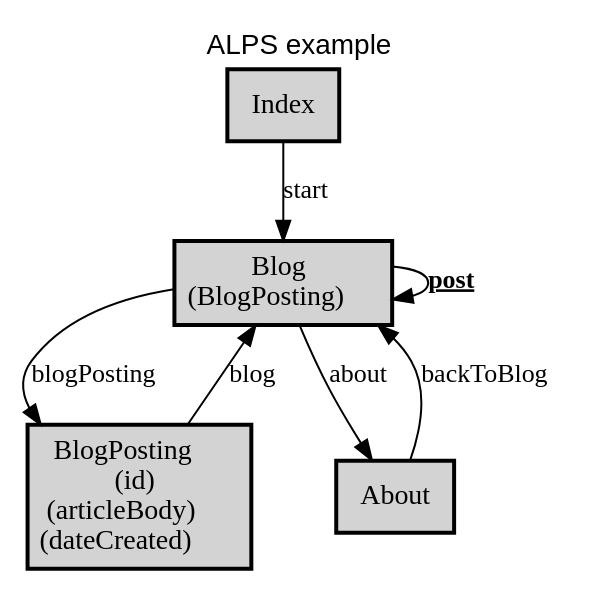
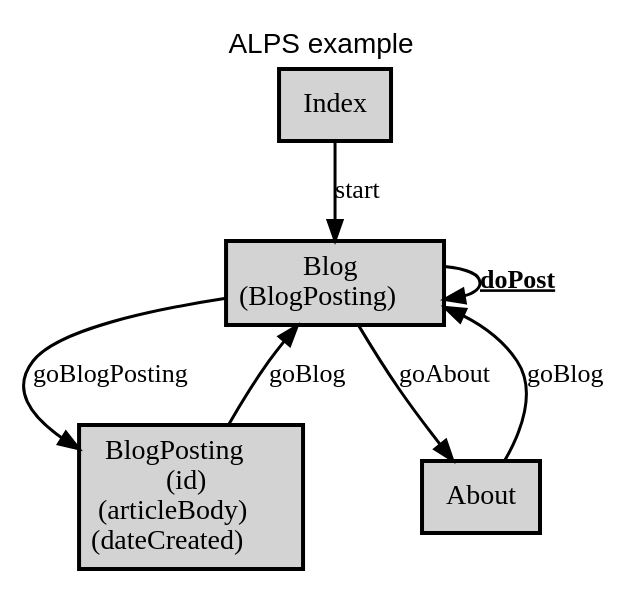
One commit to alps-asd/app-state-diagram changed the diagram in docs/filter/profile.title.dot. Above: the diagram before and after it, drawn with Graphviz. The commit also changed 39 other files, not shown here.

```diff
--- a/docs/filter/profile.title.dot
+++ b/docs/filter/profile.title.dot
@@ -1,23 +1,23 @@
 digraph application_state_diagram {
   graph [
     labelloc="t";
     fontname="Helvetica"
     label="ALPS example";
     URL="index.html" target="_parent"
   ];
   node [shape = box, style = "bold,filled" fillcolor="lightgray"];
 
-    Blog [margin=0.02, label=<<table cellspacing="0" cellpadding="5" border="0"><tr><td>Blog<br />(BlogPosting)<br /></td></tr></table>>,shape=box URL="docs/semantic.Blog.html" target="_parent"]
-    BlogPosting [margin=0.02, label=<<table cellspacing="0" cellpadding="5" border="0"><tr><td>BlogPosting<br />(id)<br />(articleBody)<br />(dateCreated)<br /></td></tr></table>>,shape=box URL="docs/semantic.BlogPosting.html" target="_parent"]
+    Blog [margin=0.02, label=<<table cellspacing="0" cellpadding="5" border="0"><tr><td>Blog<br />(BlogPosting)<br /></td></tr></table>>,shape=box URL="#Blog" target="_parent"]
+    BlogPosting [margin=0.02, label=<<table cellspacing="0" cellpadding="5" border="0"><tr><td>BlogPosting<br />(id)<br />(articleBody)<br />(dateCreated)<br /></td></tr></table>>,shape=box URL="#BlogPosting" target="_parent"]
 
-    About -> Blog [label = <backToBlog> URL="docs/safe.backToBlog.html" target="_parent" fontsize=13];
-    Blog -> About [label = <about> URL="docs/safe.about.html" target="_parent" fontsize=13];
-    Blog -> Blog [label = <<b><u>post</u></b>> URL="docs/unsafe.post.html" target="_parent" fontsize=13];
-    Blog -> BlogPosting [label = <blogPosting> URL="docs/safe.blogPosting.html" target="_parent" fontsize=13];
-    BlogPosting -> Blog [label = <blog> URL="docs/safe.blog.html" target="_parent" fontsize=13];
-    Index -> Blog [label = <start> URL="docs/safe.start.html" target="_parent" fontsize=13];
+    About -> Blog [label = <goBlog> URL="#goBlog" target="_parent" fontsize=13 class="goBlog" penwidth=1.5];
+    Blog -> About [label = <goAbout> URL="#goAbout" target="_parent" fontsize=13 class="goAbout" penwidth=1.5];
+    Blog -> Blog [label = <<b><u>doPost</u></b>> URL="#doPost" target="_parent" fontsize=13 class="doPost" penwidth=1.5];
+    Blog -> BlogPosting [label = <goBlogPosting> URL="#goBlogPosting" target="_parent" fontsize=13 class="goBlogPosting" penwidth=1.5];
+    BlogPosting -> Blog [label = <goBlog> URL="#goBlog" target="_parent" fontsize=13 class="goBlog" penwidth=1.5];
+    Index -> Blog [label = <start> URL="#start" target="_parent" fontsize=13 class="start" penwidth=1.5];
 
-    About [label = <About> URL="docs/semantic.About.html" target="_parent"]
-    Index [label = <Index> URL="docs/semantic.Index.html" target="_parent"]
+    About [label = <About> URL="#About" target="_parent"]
+    Index [label = <Index> URL="#Index" target="_parent"]
 
 }
```
